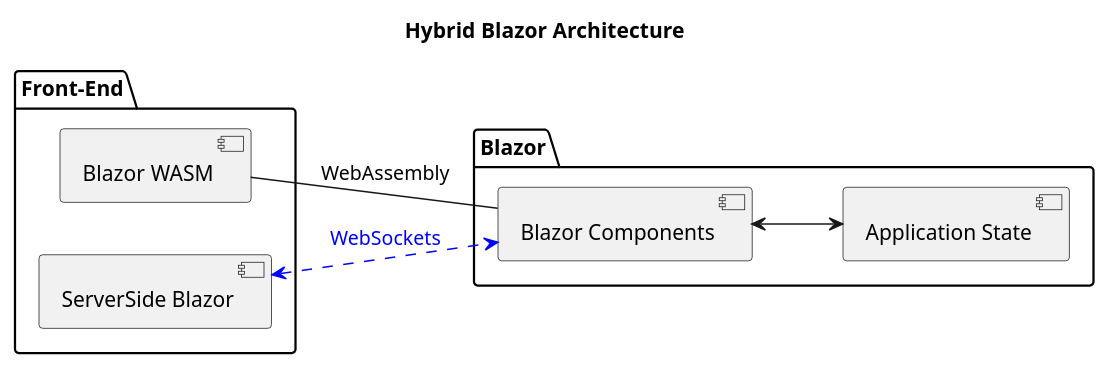
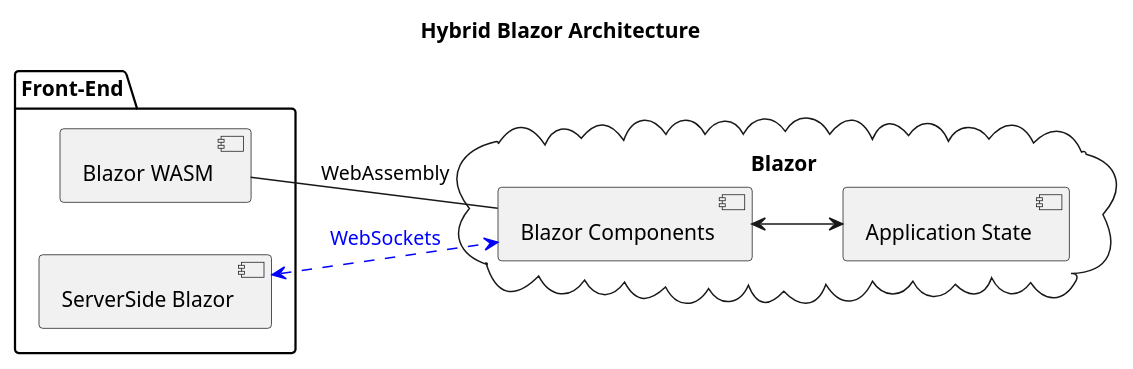
One commit to isc30/instant-blazor changed the diagram in doc/diagrams/HybridBlazorArchitecture.puml. Above: the diagram before and after it, drawn with PlantUML. The commit also changed 3 other files, not shown here.

```diff
--- a/doc/diagrams/HybridBlazorArchitecture.puml
+++ b/doc/diagrams/HybridBlazorArchitecture.puml
@@ -1,23 +1,23 @@
 @startuml
 
 title Hybrid Blazor Architecture
 
 skinparam componentStyle uml2
 left to right direction
 
 package "Front-End" as FrontEnd {
     component "Blazor WASM" as BlazorWasm
     component "ServerSide Blazor" as BlazorServer
 }
 
-package "Blazor" as Blazor {
+cloud "Blazor" as Blazor {
     component "Blazor Components" as BlazorComponents
     component "Application State" as AppState
 }
 
 BlazorWasm -- BlazorComponents : WebAssembly
 BlazorServer <.[#blue].> BlazorComponents : <color blue>WebSockets</color>
 
 BlazorComponents <--> AppState
 
 @enduml
```
